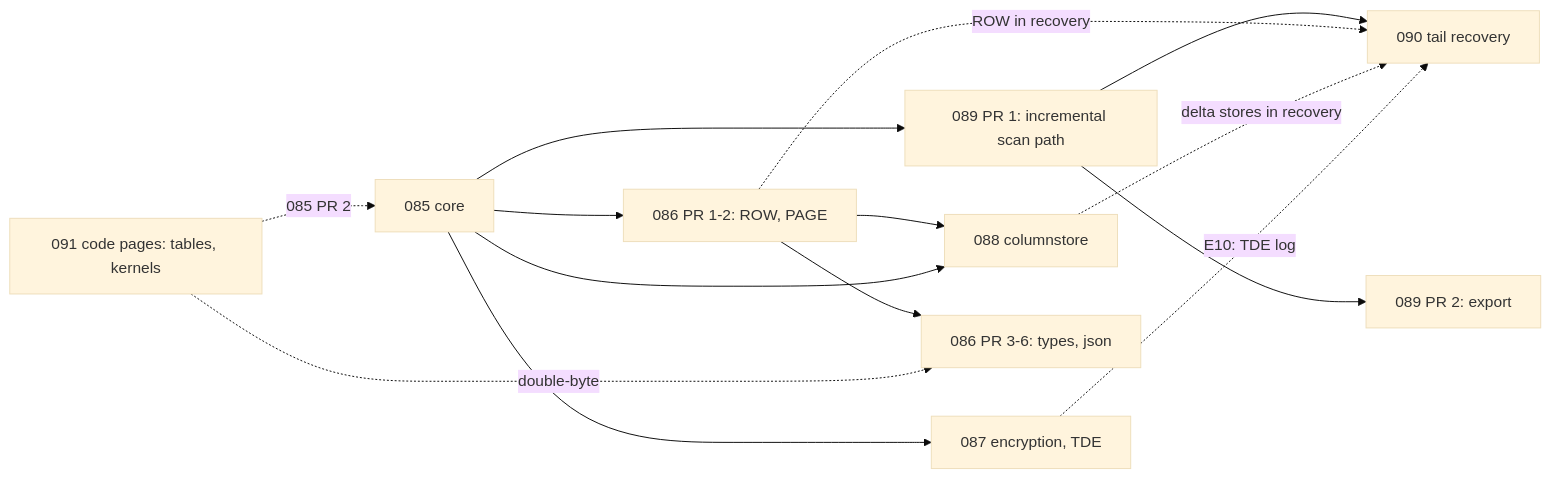
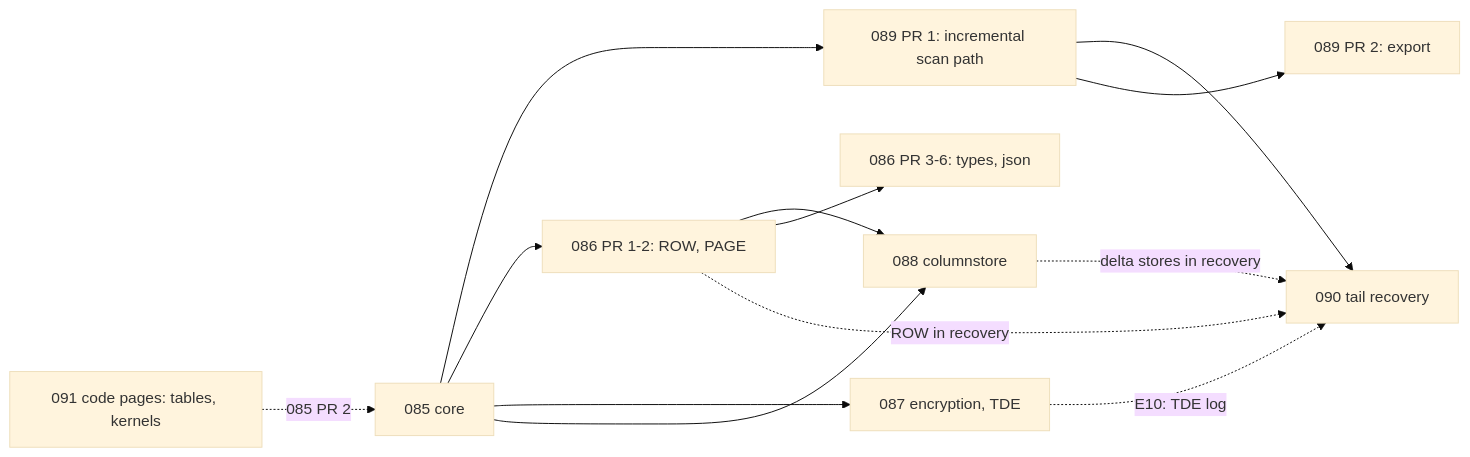
The diagram in specs/085-backup-reader-core/series.md (hugr-lab/mssql-extension), drawn with Mermaid (base theme) before and after one commit. The commit also changed other lines of this file and 8 other files, not shown here.

````diff
--- a/specs/085-backup-reader-core/series.md
+++ b/specs/085-backup-reader-core/series.md
@@ -61,16 +61,15 @@
 ```mermaid
 flowchart LR
   c085[085 core] --> c089a[089 PR 1: incremental scan path]
   c089a --> c090[090 tail recovery]
   c085 --> c086a[086 PR 1-2: ROW, PAGE]
   c085 --> c087[087 encryption, TDE]
   c086a --> c088[088 columnstore]
   c085 --> c088
   c086a --> c086b[086 PR 3-6: types, json]
   c089a --> c089b[089 PR 2: export]
   c086a -.ROW in recovery.-> c090
   c088 -.delta stores in recovery.-> c090
   c087 -.E10: TDE log.-> c090
   c091[091 code pages: tables, kernels] -.085 PR 2.-> c085
-  c091 -.double-byte.-> c086b
 ```
````
